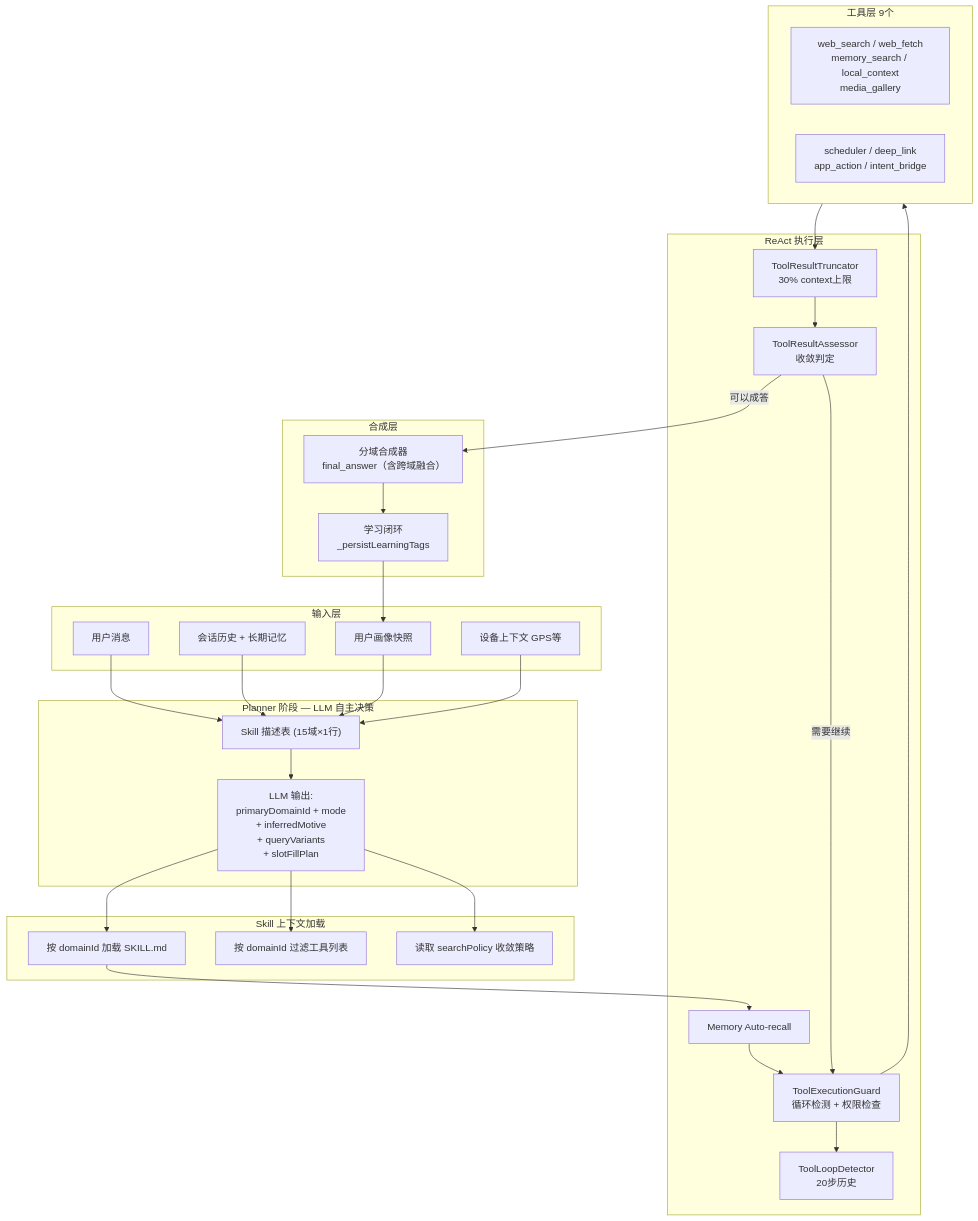
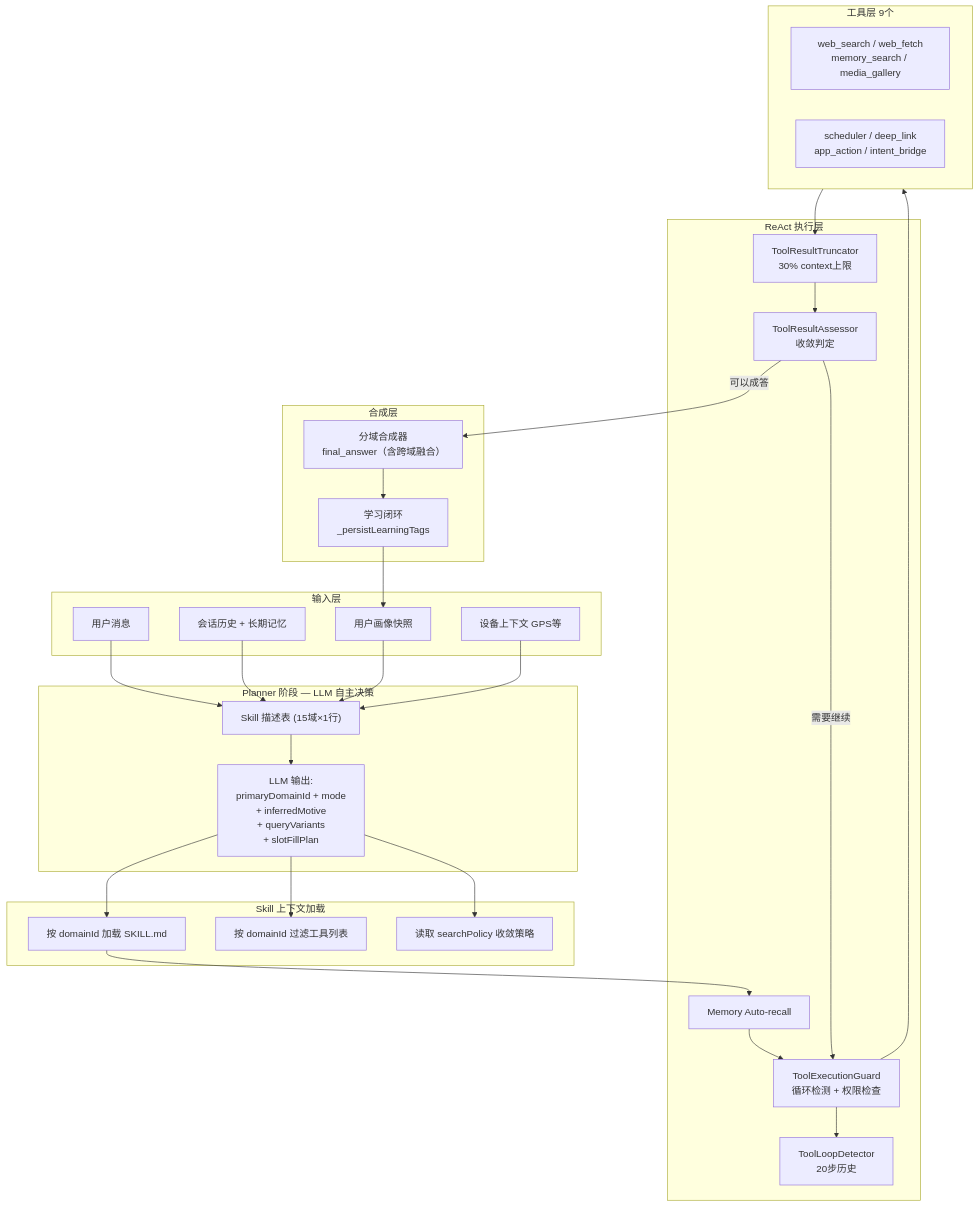
Before and after one commit to openstudio2022/quwoquan: the diagram in quwoquan_app/assistant/docs/architecture_overview.md, drawn with Mermaid. The commit also changed other lines of this file and 652 other files, not shown here.

````diff
--- a/quwoquan_app/assistant/docs/architecture_overview.md
+++ b/quwoquan_app/assistant/docs/architecture_overview.md
@@ -33,60 +33,60 @@
 ```mermaid
 flowchart TB
     subgraph input [输入层]
         UserQuery[用户消息]
         History[会话历史 + 长期记忆]
         Profile[用户画像快照]
         Context[设备上下文 GPS等]
     end
 
     subgraph planner [Planner 阶段 — LLM 自主决策]
         SkillCatalog["Skill 描述表 (15域×1行)"]
         LLMPlan["LLM 输出:\nprimaryDomainId + mode\n+ inferredMotive\n+ queryVariants\n+ slotFillPlan"]
     end
 
     subgraph skillLoad [Skill 上下文加载]
         LoadSKILL[按 domainId 加载 SKILL.md]
         LoadTools[按 domainId 过滤工具列表]
         LoadPolicy[读取 searchPolicy 收敛策略]
     end
 
     subgraph react [ReAct 执行层]
         AutoRecall[Memory Auto-recall]
         Guard[ToolExecutionGuard\n循环检测 + 权限检查]
         LoopDetector[ToolLoopDetector\n20步历史]
         Truncator[ToolResultTruncator\n30% context上限]
         Assessor[ToolResultAssessor\n收敛判定]
     end
 
     subgraph tools [工具层 9个]
-        SearchTools["web_search / web_fetch\nmemory_search / local_context\nmedia_gallery"]
+        SearchTools["web_search / web_fetch\nmemory_search / media_gallery"]
         ActionTools["scheduler / deep_link\napp_action / intent_bridge"]
     end
 
     subgraph synthesis [合成层]
         Synthesizer[分域合成器\nfinal_answer（含跨域融合）]
         Learning[学习闭环\n_persistLearningTags]
     end
 
     UserQuery --> SkillCatalog
     History --> SkillCatalog
     Profile --> SkillCatalog
     Context --> SkillCatalog
     SkillCatalog --> LLMPlan
 
     LLMPlan --> LoadSKILL
     LLMPlan --> LoadTools
     LLMPlan --> LoadPolicy
 
     LoadSKILL --> AutoRecall
     AutoRecall --> Guard
     Guard --> LoopDetector
     Guard --> tools
     tools --> Truncator
     Truncator --> Assessor
     Assessor -->|"需要继续"| Guard
     Assessor -->|"可以成答"| Synthesizer
 
     Synthesizer --> Learning
     Learning --> Profile
 ```
````
